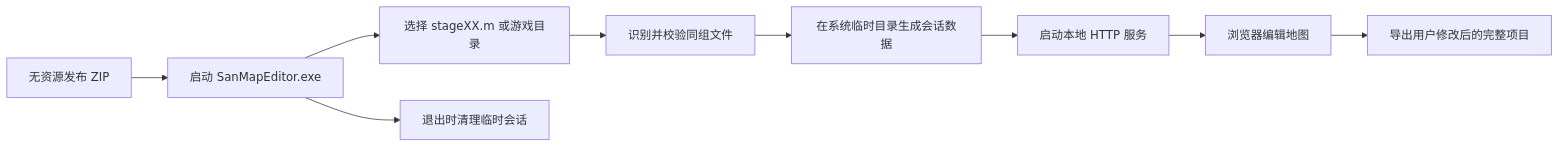
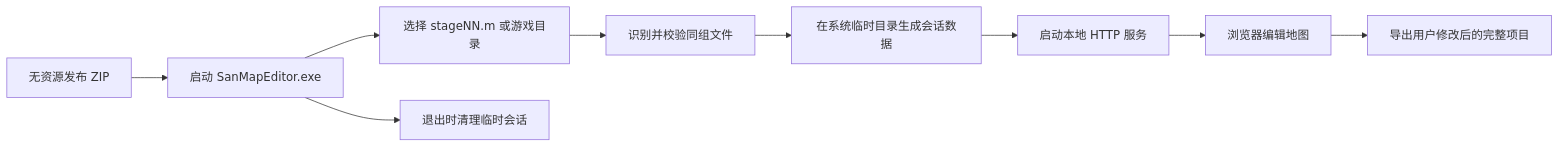
The diagram in docs/EDITOR_RESOURCE_FREE_RELEASE_PLAN.zh.md (mzhinf/SanMapEditor), drawn with Mermaid before and after one commit. The commit also changed other lines of this file and 16 other files, not shown here.

````diff
--- a/docs/EDITOR_RESOURCE_FREE_RELEASE_PLAN.zh.md
+++ b/docs/EDITOR_RESOURCE_FREE_RELEASE_PLAN.zh.md
@@ -114,11 +114,11 @@
 ```mermaid
 flowchart LR
     A["无资源发布 ZIP"] --> B["启动 SanMapEditor.exe"]
-    B --> C["选择 stageXX.m 或游戏目录"]
+    B --> C["选择 stageNN.m 或游戏目录"]
     C --> D["识别并校验同组文件"]
     D --> E["在系统临时目录生成会话数据"]
     E --> F["启动本地 HTTP 服务"]
     F --> G["浏览器编辑地图"]
     G --> H["导出用户修改后的完整项目"]
     B --> I["退出时清理临时会话"]
 ```
````
